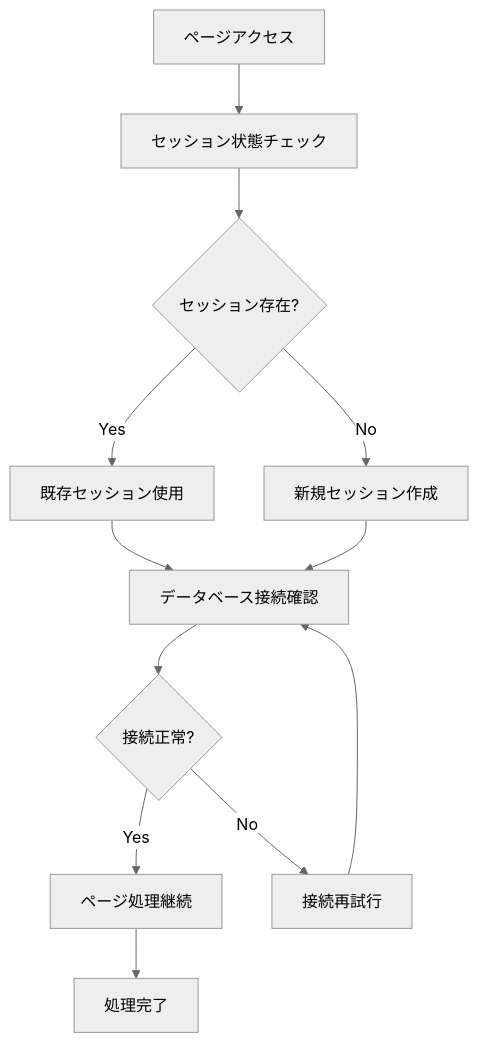
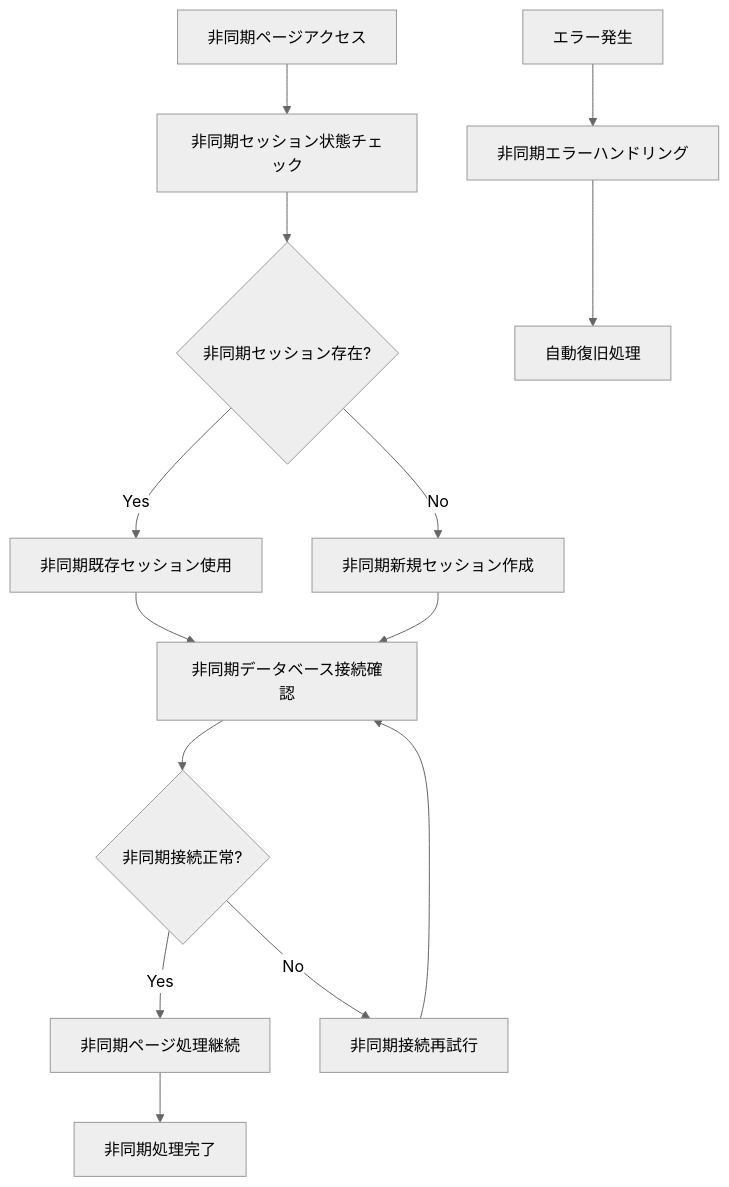
The eighth of 12 diagrams in docs/関数フロー図.md (takashi-oi/qc_ariken_tpkyo), drawn with Mermaid (neutral theme) before and after one commit. The commit also changed other lines of this file and 28 other files, not shown here.

````diff
--- a/docs/関数フロー図.md
+++ b/docs/関数フロー図.md
@@ -153,18 +182,21 @@
 ```mermaid
 graph TD
-    A[ページアクセス] --> B[セッション状態チェック]
-    B --> C{セッション存在?}
-    
-    C -->|Yes| D[既存セッション使用]
-    C -->|No| E[新規セッション作成]
-    
-    D --> F[データベース接続確認]
+    A[非同期ページアクセス] --> B[非同期セッション状態チェック]
+    B --> C{非同期セッション存在?}
+
+    C -->|Yes| D[非同期既存セッション使用]
+    C -->|No| E[非同期新規セッション作成]
+
+    D --> F[非同期データベース接続確認]
     E --> F
-    
-    F --> G{接続正常?}
-    G -->|Yes| H[ページ処理継続]
-    G -->|No| I[接続再試行]
+
+    F --> G{非同期接続正常?}
+    G -->|Yes| H[非同期ページ処理継続]
+    G -->|No| I[非同期接続再試行]
     I --> F
-    
-    H --> J[処理完了]
+
+    H --> J[非同期処理完了]
+
+    K[エラー発生] --> L[非同期エラーハンドリング]
+    L --> M[自動復旧処理]
 ```
````
